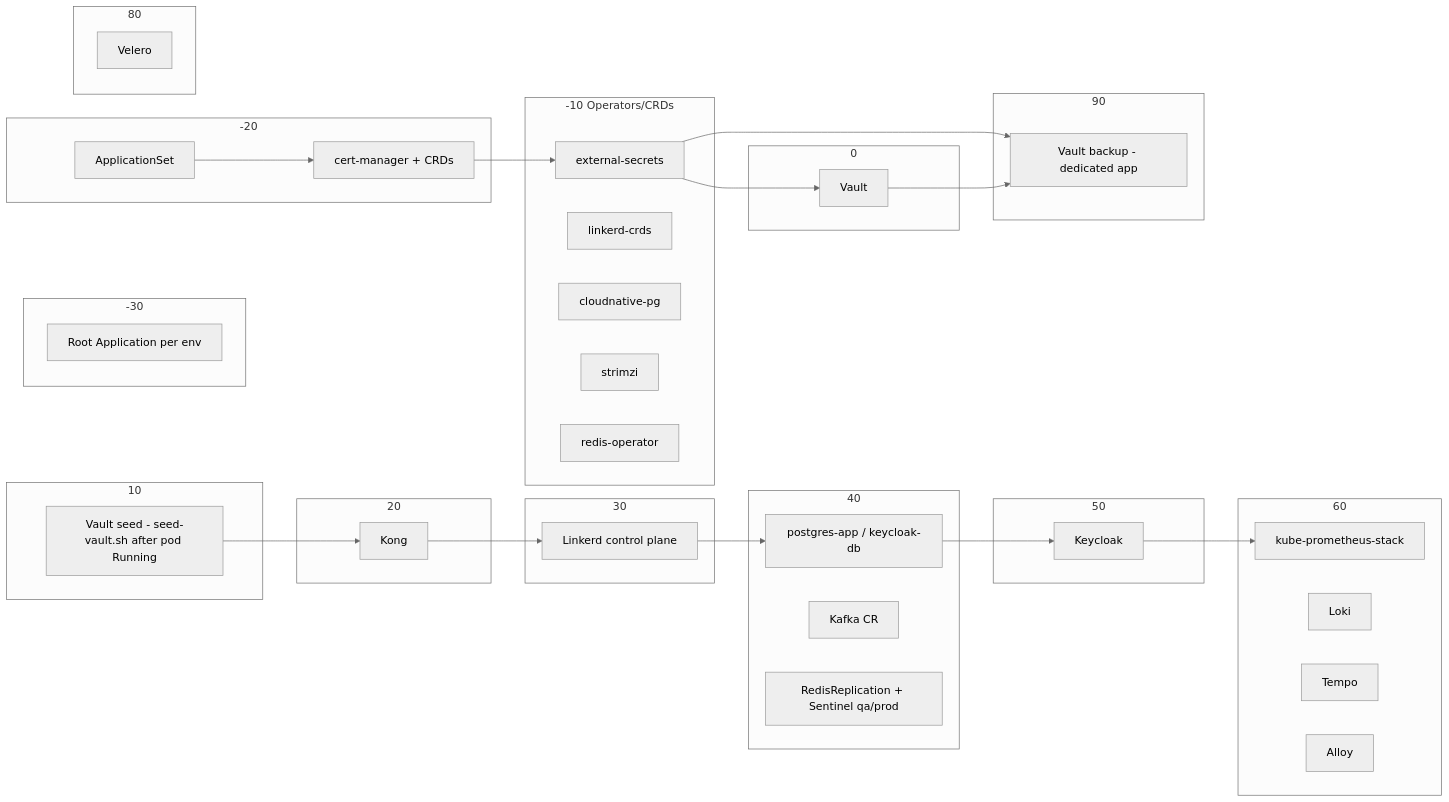
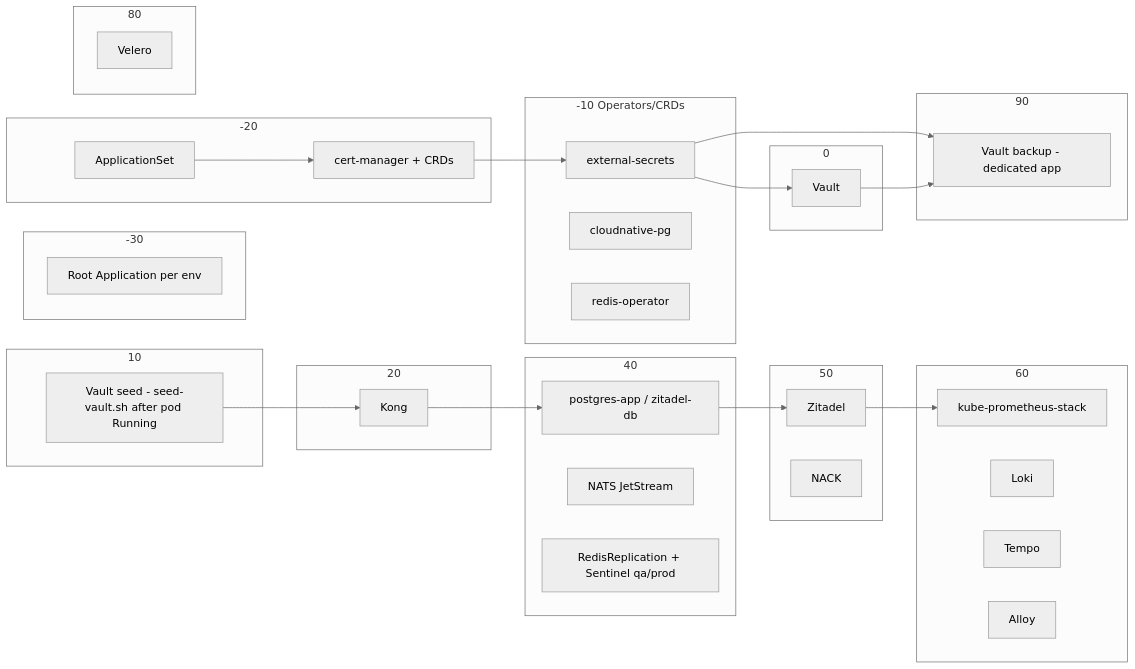
The second of 3 diagrams in docs/architecture.md (sca-templates/infra-kubernetes), drawn with Mermaid (neutral theme) before and after one commit. The commit also changed other lines of this file and 255 other files, not shown here.

First line of the commit message:
feat(platform): complete architecture decisions (#116)

````diff
--- a/docs/architecture.md
+++ b/docs/architecture.md
@@ -194,59 +199,54 @@
 ```mermaid
 graph LR
     subgraph W-30["-30"]
         A[Root Application per env]
     end
     subgraph W-20["-20"]
         B[ApplicationSet]
         C[cert-manager + CRDs]
     end
     subgraph W-10["-10 Operators/CRDs"]
         D[external-secrets]
-        E[linkerd-crds]
         F[cloudnative-pg]
-        G[strimzi]
         H[redis-operator]
     end
     subgraph W0["0"]
         I[Vault]
     end
     subgraph W10["10"]
         J[Vault seed - seed-vault.sh after pod Running]
     end
     subgraph W20["20"]
         K[Kong]
     end
-    subgraph W30["30"]
-        L[Linkerd control plane]
-    end
     subgraph W40["40"]
-        M[postgres-app / keycloak-db]
-        N[Kafka CR]
+        M[postgres-app / zitadel-db]
+        N[NATS JetStream]
         O[RedisReplication + Sentinel qa/prod]
     end
     subgraph W50["50"]
-        P[Keycloak]
+        P[Zitadel]
+        P2[NACK]
     end
     subgraph W60["60"]
         Q[kube-prometheus-stack]
         R[Loki]
         S[Tempo]
         T[Alloy]
     end
     subgraph W80["80"]
         V[Velero]
     end
     subgraph W90["90"]
         W[Vault backup - dedicated app]
     end
     B --> C
     C --> D
     D --> I
     J --> K
-    K --> L
-    L --> M
+    K --> M
     M --> P
     P --> Q
     D --> W
     I --> W
 ```
````
